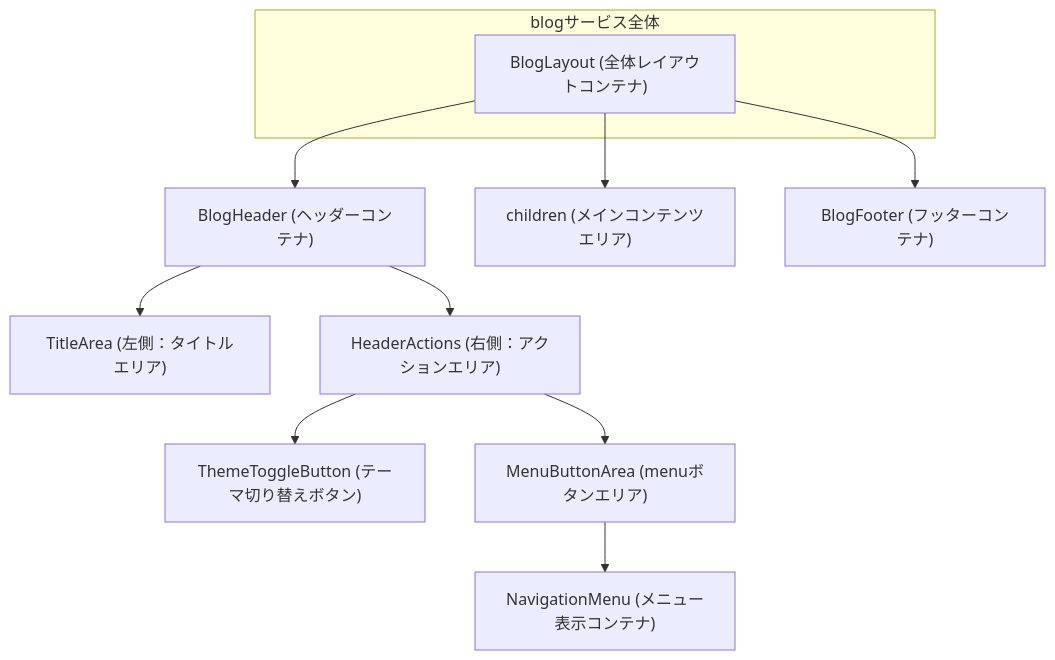
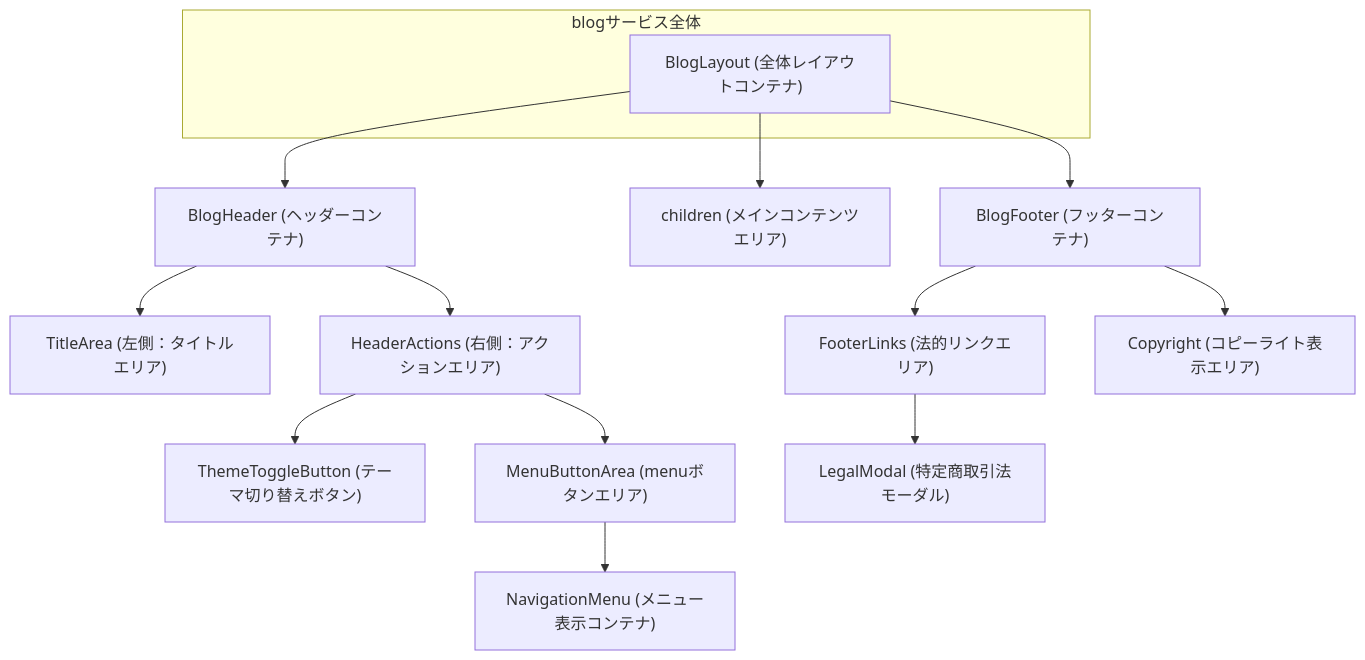
One commit to tezuka-Akihiro/ClaudeMix changed the first of 2 diagrams in develop/blog/common/uiux-spec.md. Above: the diagram before and after it, drawn with Mermaid. The commit also changed other lines of this file and 19 other files, not shown here.

Commit message:
Merge branch 'claude/add-footer-links-R3aIZ'

````diff
--- a/develop/blog/common/uiux-spec.md
+++ b/develop/blog/common/uiux-spec.md
@@ -76,16 +76,20 @@
 ```mermaid
 graph TD
     subgraph Page["blogサービス全体"]
         A["BlogLayout (全体レイアウトコンテナ)"]
     end
 
     A --> B["BlogHeader (ヘッダーコンテナ)"]
     A --> C["children (メインコンテンツエリア)"]
     A --> D["BlogFooter (フッターコンテナ)"]
 
     B --> E["TitleArea (左側：タイトルエリア)"]
     B --> F["HeaderActions (右側：アクションエリア)"]
     F --> G["ThemeToggleButton (テーマ切り替えボタン)"]
     F --> H["MenuButtonArea (menuボタンエリア)"]
     H --> I["NavigationMenu (メニュー表示コンテナ)"]
+
+    D --> J["FooterLinks (法的リンクエリア)"]
+    D --> K["Copyright (コピーライト表示エリア)"]
+    J --> L["LegalModal (特定商取引法モーダル)"]
 ```
````
